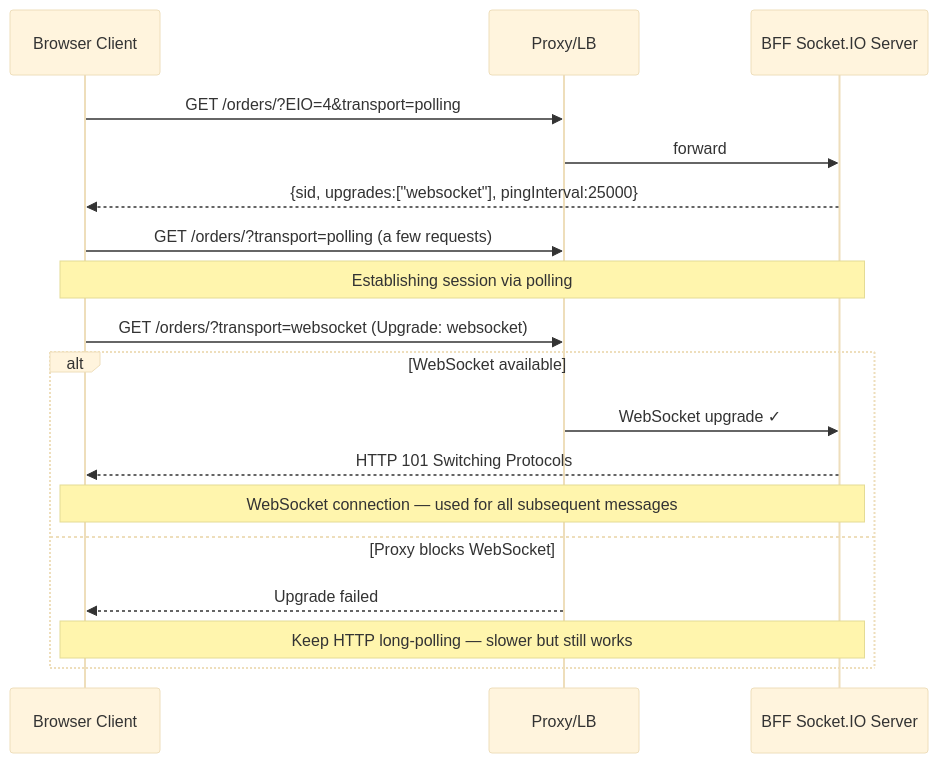
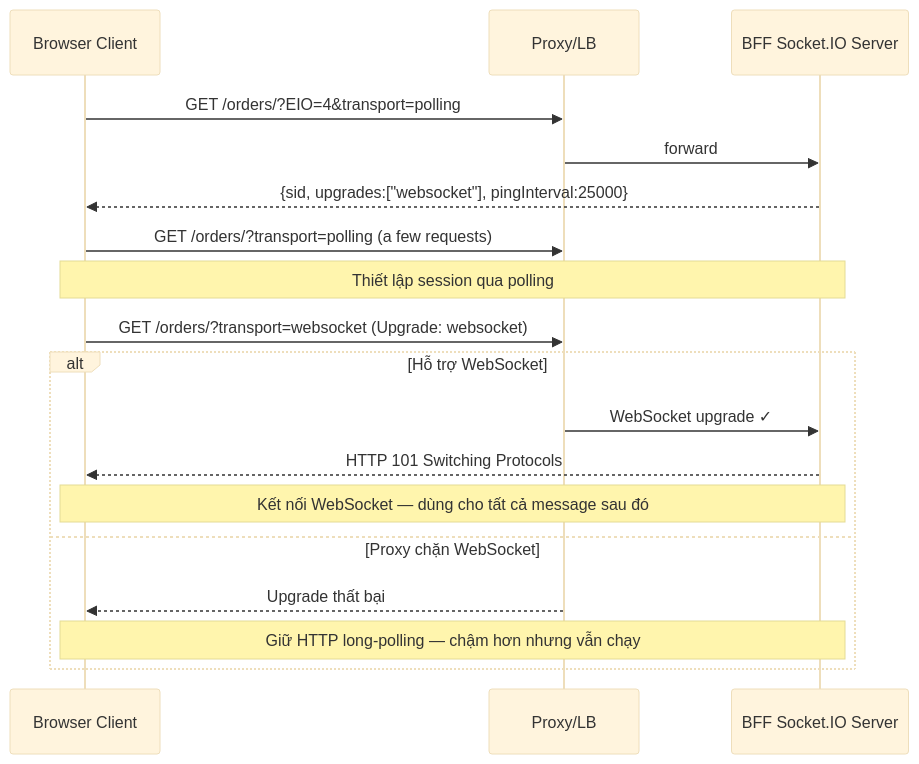
Before and after one commit to quan-vo-dinh/saas-pos-microservices-qrtable: the third of 11 diagrams in docs/guides/websocket-socketio-qrtable.md, drawn with Mermaid (base theme). The commit also changed other lines of this file and 8 other files, not shown here.

Commit message:
docs: update architecture guides, codebase map, and consolidation plans

````diff
--- a/docs/guides/websocket-socketio-qrtable.md
+++ b/docs/guides/websocket-socketio-qrtable.md
@@ -133,23 +133,23 @@
 ```mermaid
 sequenceDiagram
     participant C as Browser Client
     participant P as Proxy/LB
     participant S as BFF Socket.IO Server
 
     C->>P: GET /orders/?EIO=4&transport=polling
     P->>S: forward
     S-->>C: {sid, upgrades:["websocket"], pingInterval:25000}
 
 C->>P: GET /orders/?transport=polling (a few requests)
-Note over C,S: Establishing session via polling
+Note over C,S: Thiết lập session qua polling
 
     C->>P: GET /orders/?transport=websocket (Upgrade: websocket)
-    alt WebSocket available
+    alt Hỗ trợ WebSocket
         P->>S: WebSocket upgrade ✓
         S-->>C: HTTP 101 Switching Protocols
-Note over C,S: WebSocket connection — used for all subsequent messages
-else Proxy blocks WebSocket
-P-->>C: Upgrade failed
-Note over C,S: Keep HTTP long-polling — slower but still works
+Note over C,S: Kết nối WebSocket — dùng cho tất cả message sau đó
+else Proxy chặn WebSocket
+P-->>C: Upgrade thất bại
+Note over C,S: Giữ HTTP long-polling — chậm hơn nhưng vẫn chạy
     end
 ```
````
